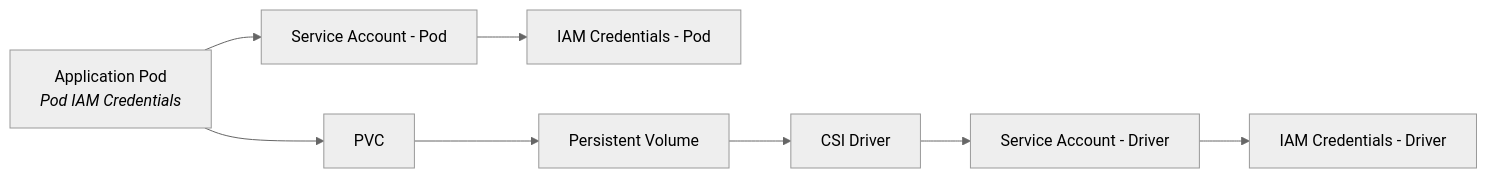
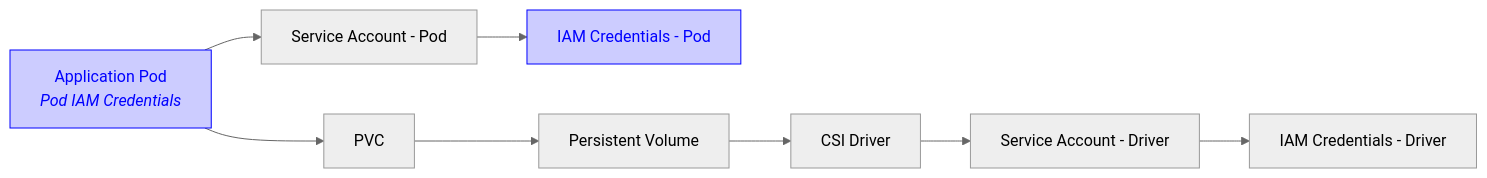
One commit to awslabs/mountpoint-s3-csi-driver changed the fourth of 4 diagrams in docs/CONFIGURATION.md. Above: the diagram before and after it, drawn with Mermaid (neutral theme). The commit also changed other lines of this file, not shown here.

````diff
--- a/docs/CONFIGURATION.md
+++ b/docs/CONFIGURATION.md
@@ -136,28 +166,32 @@
 ```mermaid
 graph LR;
     CSI[CSI Driver]
 
     P["`Application Pod
     *Pod IAM Credentials*`"]
 
     SA_D[Service Account - Driver]
     SA_P[Service Account - Pod]
 
     IAM_D[IAM Credentials - Driver]
     IAM_P[IAM Credentials - Pod]
 
     PV[Persistent Volume]
     PVC[PVC]
 
     P --> PVC
 
     PVC --> PV
 
     PV --> CSI
 
     CSI --> SA_D
     P --> SA_P
 
     SA_D --> IAM_D
     SA_P --> IAM_P
+
+
+    style IAM_P stroke:#0000ff,fill:#ccccff,color:#0000ff
+    style P stroke:#0000ff,fill:#ccccff,color:#0000ff
 ```
````
